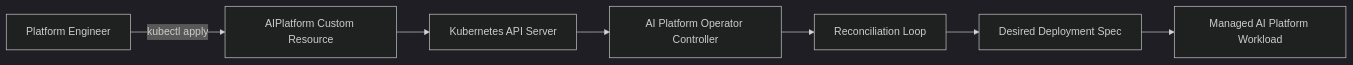
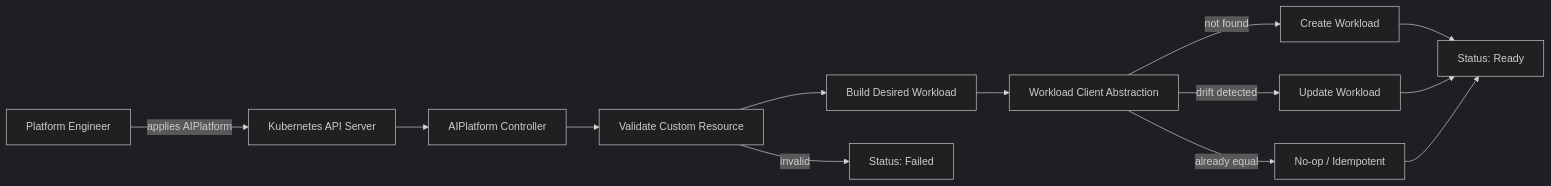
Before and after one commit to abdallauno1/platform-engineering-kubernetes-operator: the diagram in docs/architecture.md, drawn with Mermaid (dark theme). The commit also changed other lines of this file and 20 other files, not shown here.

Commit message:
Day 2 - Add idempotent reconciliation and status handling

````diff
--- a/docs/architecture.md
+++ b/docs/architecture.md
@@ -3,9 +3,15 @@
 ```mermaid
 flowchart LR
-    User[Platform Engineer] -->|kubectl apply| CR[AIPlatform Custom Resource]
-    CR --> API[Kubernetes API Server]
-    API --> Controller[AI Platform Operator Controller]
-    Controller --> Reconcile[Reconciliation Loop]
-    Reconcile --> Desired[Desired Deployment Spec]
-    Desired --> Workload[Managed AI Platform Workload]
+    Engineer[Platform Engineer] -->|applies AIPlatform| API[Kubernetes API Server]
+    API --> Controller[AIPlatform Controller]
+    Controller --> Validate[Validate Custom Resource]
+    Validate --> Desired[Build Desired Workload]
+    Desired --> Client[Workload Client Abstraction]
+    Client -->|not found| Create[Create Workload]
+    Client -->|drift detected| Update[Update Workload]
+    Client -->|already equal| NoOp[No-op / Idempotent]
+    Create --> Status[Status: Ready]
+    Update --> Status
+    NoOp --> Status
+    Validate -->|invalid| Failed[Status: Failed]
 ```
````
